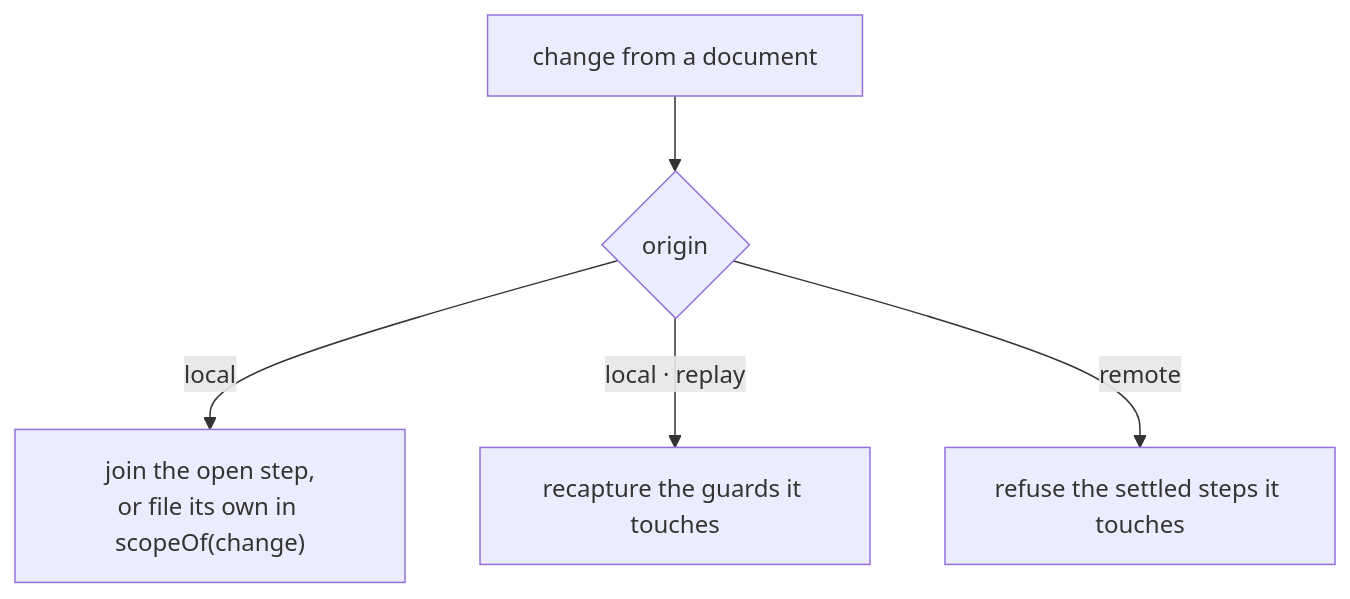
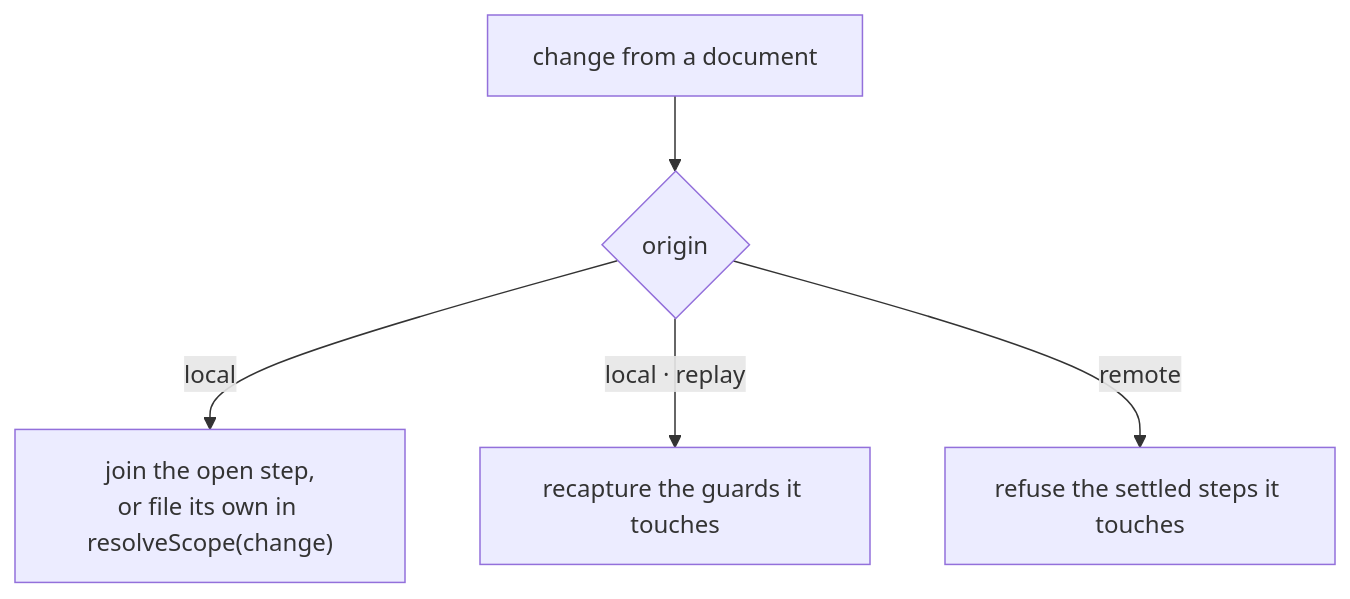
The second of 4 diagrams in packages/history/ARCHITECTURE.md (JollyPixel/editor), drawn with Mermaid before and after one commit. The commit also changed 1444 other files, not shown here.

````diff
--- a/packages/history/ARCHITECTURE.md
+++ b/packages/history/ARCHITECTURE.md
@@ -27,7 +27,7 @@
 ```mermaid
 flowchart TB
     Change["change from a document"] --> Origin{"origin"}
-    Origin -->|"local"| Join["join the open step,<br/>or file its own in scopeOf(change)"]
+    Origin -->|"local"| Join["join the open step,<br/>or file its own in resolveScope(change)"]
     Origin -->|"local · replay"| Recapture["recapture the guards it touches"]
     Origin -->|"remote"| Refuse["refuse the settled steps it touches"]
 ```
````
